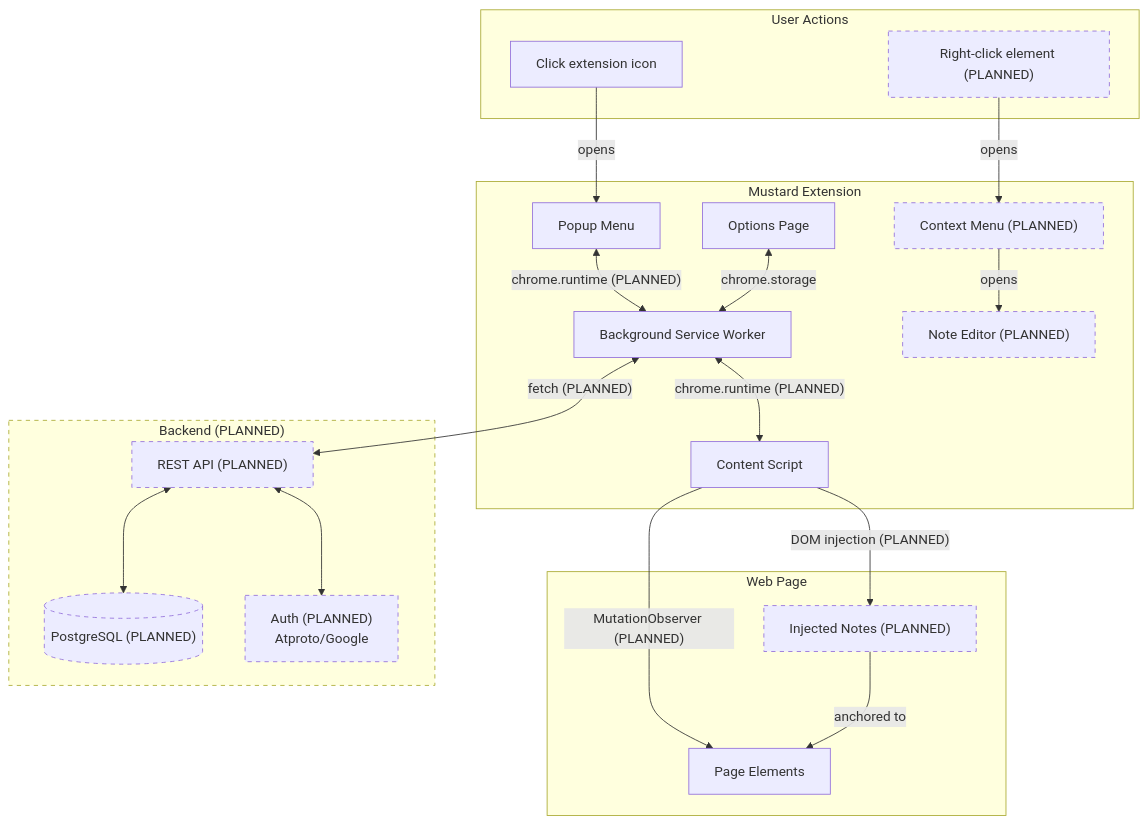
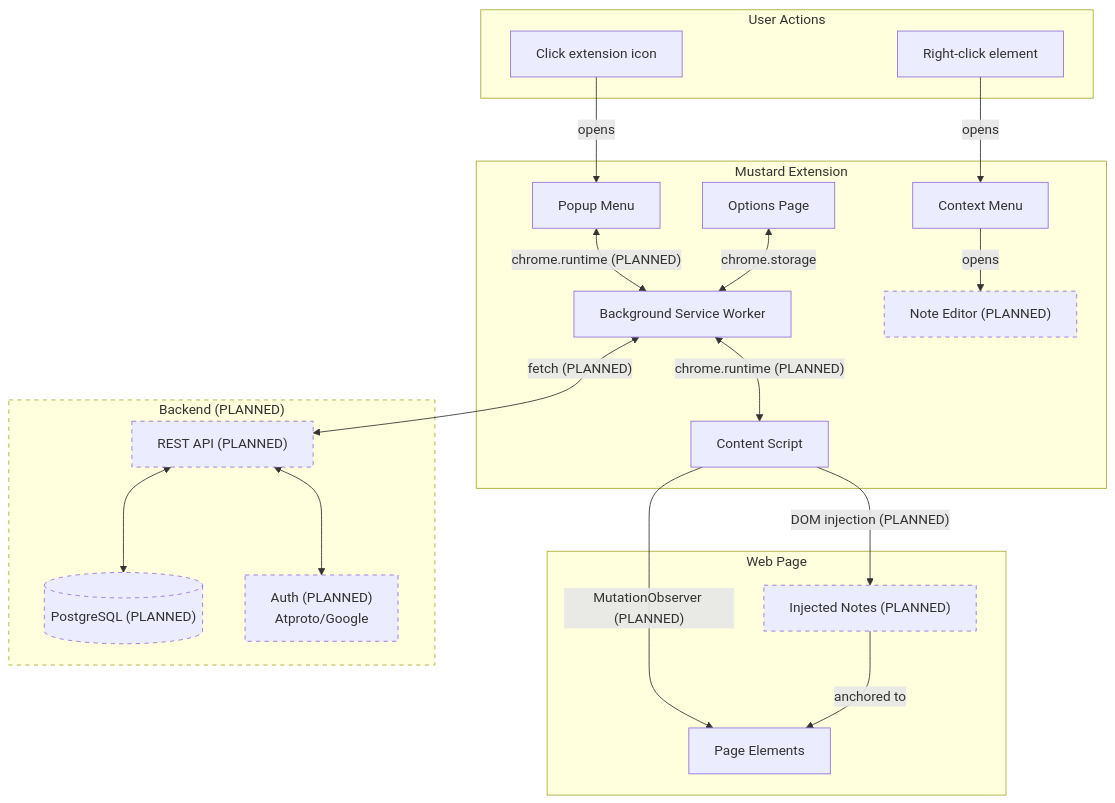
One commit to fettstorch/mustard changed the diagram in PROGRESS.md. Above: the diagram before and after it, drawn with Mermaid. The commit also changed other lines of this file and 5 other files, not shown here.

Commit message:
added context menu item 'add mustard' on right clicking an element

````diff
--- a/PROGRESS.md
+++ b/PROGRESS.md
@@ -7,52 +7,50 @@
 ```mermaid
 flowchart TB
     subgraph User["User Actions"]
         Click["Click extension icon"]
-        RightClick["Right-click element (PLANNED)"]
+        RightClick["Right-click element"]
     end
 
     subgraph Extension["Mustard Extension"]
         Popup["Popup Menu"]
         Options["Options Page"]
         BG["Background Service Worker"]
         CS["Content Script"]
-        CtxMenu["Context Menu (PLANNED)"]
+        CtxMenu["Context Menu"]
         NoteEditor["Note Editor (PLANNED)"]
     end
 
     subgraph Page["Web Page"]
         Elements["Page Elements"]
         Notes["Injected Notes (PLANNED)"]
     end
 
     subgraph Backend["Backend (PLANNED)"]
         API["REST API (PLANNED)"]
         DB[("PostgreSQL (PLANNED)")]
         Auth["Auth (PLANNED)<br/>Atproto/Google"]
     end
 
     Click -->|"opens"| Popup
     RightClick -->|"opens"| CtxMenu
     CtxMenu -->|"opens"| NoteEditor
 
     Popup <-->|"chrome.runtime (PLANNED)"| BG
     Options <-->|"chrome.storage"| BG
     BG <-->|"chrome.runtime (PLANNED)"| CS
 
     CS -->|"MutationObserver (PLANNED)"| Elements
     CS -->|"DOM injection (PLANNED)"| Notes
     Notes -->|"anchored to"| Elements
 
     BG <-->|"fetch (PLANNED)"| API
     API <--> DB
     API <--> Auth
 
-    style RightClick stroke-dasharray: 5 5
-    style CtxMenu stroke-dasharray: 5 5
     style NoteEditor stroke-dasharray: 5 5
     style Notes stroke-dasharray: 5 5
     style Backend stroke-dasharray: 5 5
     style API stroke-dasharray: 5 5
     style DB stroke-dasharray: 5 5
     style Auth stroke-dasharray: 5 5
 ```
````
